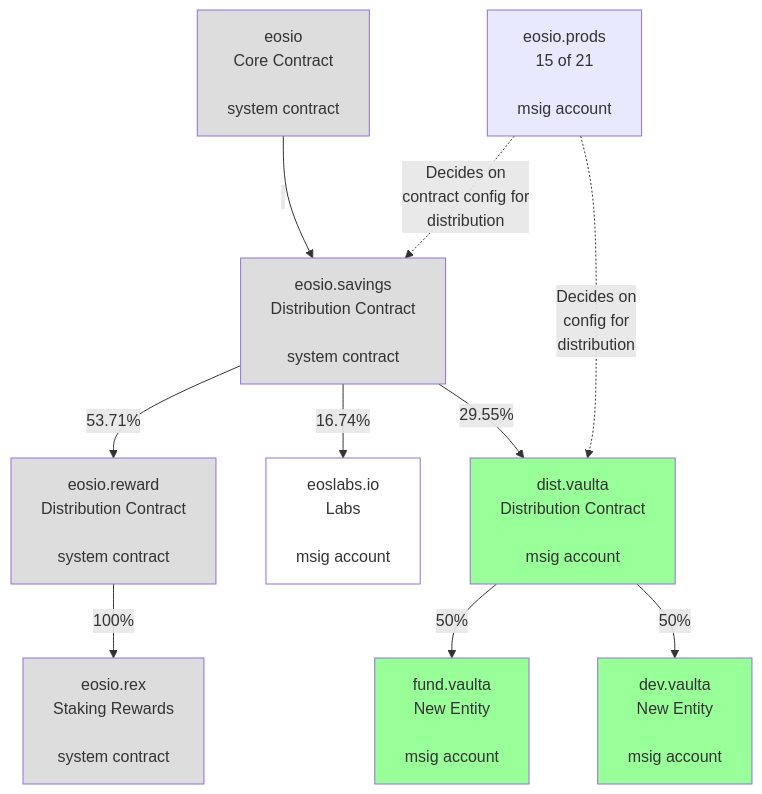
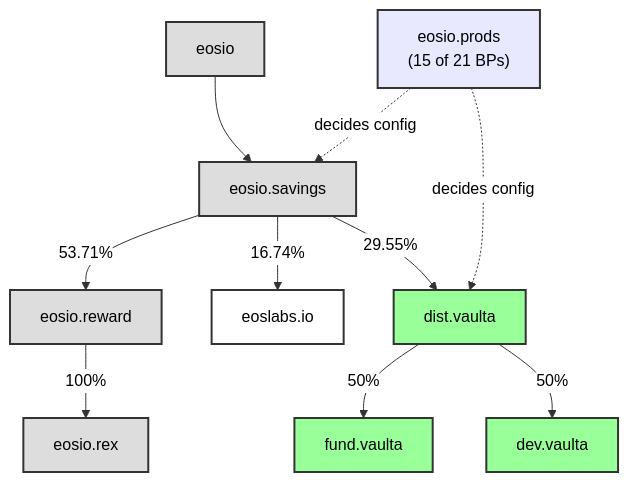
One commit to greymass/msigs changed the third of 3 diagrams in documents/stage-1.md. Above: the diagram before and after it, drawn with Mermaid. The commit also changed other lines of this file, not shown here.

Commit message:
Diagram updates

````diff
--- a/documents/stage-1.md
+++ b/documents/stage-1.md
@@ -314,32 +316,33 @@
 ```mermaid
+%%{init: {'theme':'base', 'themeVariables': { 'primaryColor':'#fff','primaryTextColor':'#000','primaryBorderColor':'#333','lineColor':'#333','secondaryColor':'#fff','tertiaryColor':'#fff','background':'#fff','mainBkg':'#fff','secondBkg':'#fff','tertiaryBkg':'#fff'}}}%%
 graph TD
-    eosio["eosio<br/>Core Contract<br/><br/>system contract"]
-    eosioprods["eosio.prods<br/>15 of 21<br/><br/>msig account"]
-    eosiosavings["eosio.savings<br/>Distribution Contract<br/><br/>system contract"]
-    eosioreward["eosio.reward<br/>Distribution Contract<br/><br/>system contract"]
-    eosiorex["eosio.rex<br/>Staking Rewards<br/><br/>system contract"]
-    eoslabsio["eoslabs.io<br/>Labs<br/><br/>msig account"]
-    distvaulta["dist.vaulta<br/>Distribution Contract<br/><br/>msig account"]
-    fundvaulta["fund.vaulta<br/>New Entity<br/><br/>msig account"]
-    devvaulta["dev.vaulta<br/>New Entity<br/><br/>msig account"]
+    eosio[eosio]
+    eosioprods["eosio.prods<br/>(15 of 21 BPs)"]
+    eosiosavings[eosio.savings]
+    eosioreward[eosio.reward]
+    eosiorex[eosio.rex]
+    eoslabsio[eoslabs.io]
+    distvaulta[dist.vaulta]
+    fundvaulta[fund.vaulta]
+    devvaulta[dev.vaulta]
     
-    eosio -->|"&nbsp;"| eosiosavings
-    eosioprods -.->|"Decides on<br/>contract config for<br/>distribution"| eosiosavings
-    eosioprods -.->|"Decides on<br/>config for<br/>distribution"| distvaulta
+    eosio --> eosiosavings
+    eosioprods -.->|"decides config"| eosiosavings
+    eosioprods -.->|"decides config"| distvaulta
     eosiosavings -->|"53.71%"| eosioreward
     eosiosavings -->|"16.74%"| eoslabsio
     eosiosavings -->|"29.55%"| distvaulta
     eosioreward -->|"100%"| eosiorex
     distvaulta -->|"50%"| fundvaulta
     distvaulta -->|"50%"| devvaulta
     
-    style eosio fill:#ddd
-    style eosiosavings fill:#ddd
-    style eosioreward fill:#ddd
-    style eosiorex fill:#ddd
-    style eoslabsio fill:#fff
-    style eosioprods fill:#e8e8ff
-    style distvaulta fill:#9f9
-    style fundvaulta fill:#9f9
-    style devvaulta fill:#9f9
+    style eosio fill:#ddd,stroke:#333,stroke-width:2px,color:#000
+    style eosiosavings fill:#ddd,stroke:#333,stroke-width:2px,color:#000
+    style eosioreward fill:#ddd,stroke:#333,stroke-width:2px,color:#000
+    style eosiorex fill:#ddd,stroke:#333,stroke-width:2px,color:#000
+    style eoslabsio fill:#fff,stroke:#333,stroke-width:2px,color:#000
+    style eosioprods fill:#e8e8ff,stroke:#333,stroke-width:2px,color:#000
+    style distvaulta fill:#9f9,stroke:#333,stroke-width:2px,color:#000
+    style fundvaulta fill:#9f9,stroke:#333,stroke-width:2px,color:#000
+    style devvaulta fill:#9f9,stroke:#333,stroke-width:2px,color:#000
 ```
````
